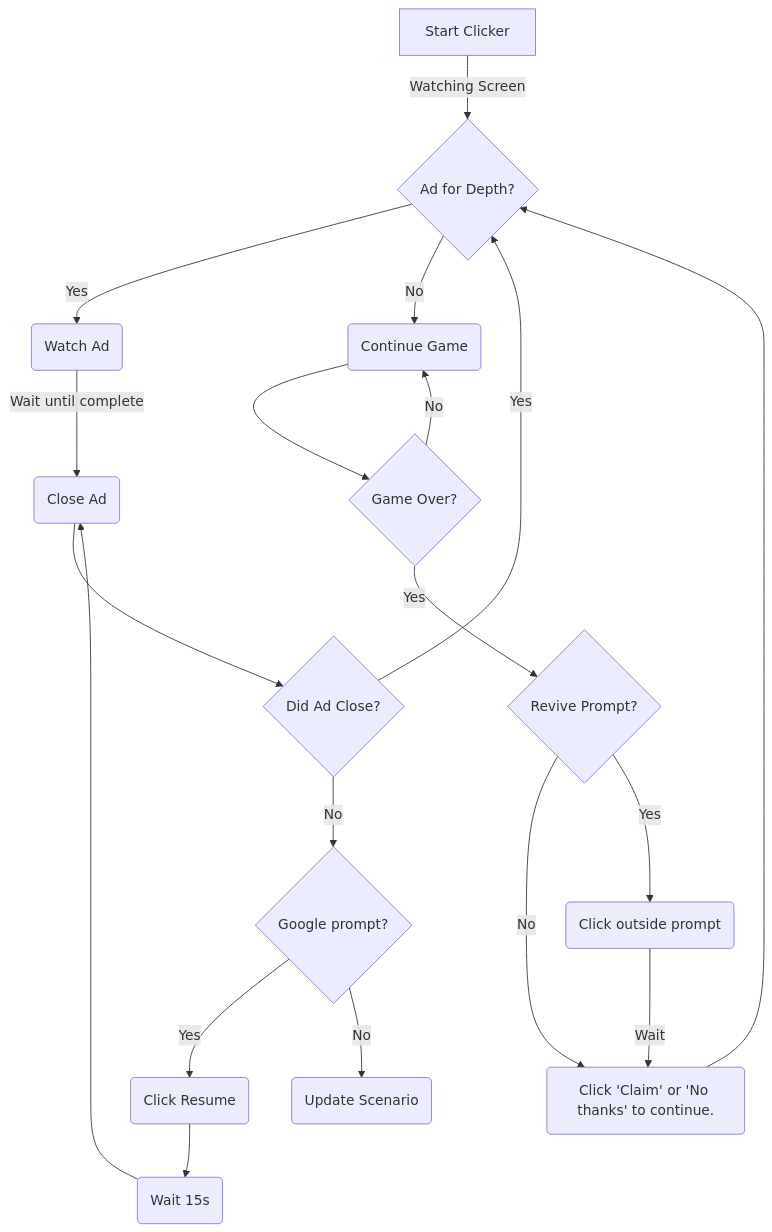
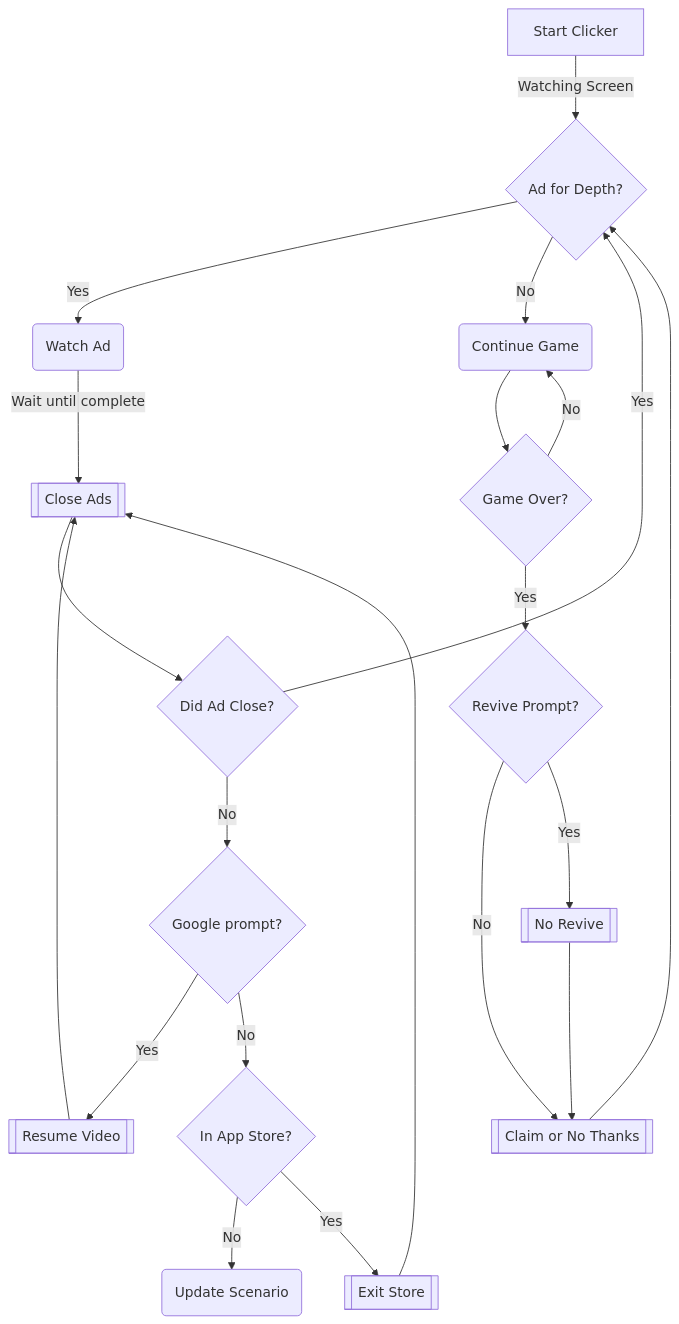
The diagram in AutoClick Patterns/Games/EatRepeat/README.md (Neighborhood-Data-Science/instant-beer-money), drawn with Mermaid before and after one commit. The commit also changed other lines of this file and 1 other file, not shown here.

Commit message:
Updated flowcharts Easier to read flowchart for CryptoMagnet. Initial flowchart for Eat Repeat

````diff
--- a/AutoClick Patterns/Games/EatRepeat/README.md
+++ b/AutoClick Patterns/Games/EatRepeat/README.md
@@ -50,20 +55,23 @@
 ```mermaid
 graph TD;
     A[Start Clicker]-->|Watching Screen|B{Ad for Depth?};
     B-->|Yes|C(Watch Ad);
-    B-->|No|G(Continue Game);
-    C-->|Wait until complete|F(Close Ad);
-    F-->I{Did Ad Close?};
-    I-->|No|P{Google prompt?};
-    I-->|Yes|B{Ad for Depth?};
-    P-->|Yes|Q(Click Resume)-->R(Wait 15s);
-    P-->|No|S(Update Scenario);
-    R-->F(Close Ad);
-    G-->L{Game Over?};
-    L-->|Yes|N{Revive Prompt?};
-    L-->|No|G(Continue Game);
-    N-->|No|T(Click 'Claim' or 'No thanks' to continue.);
-    N-->|Yes|O(Click outside prompt);
-    O-->|Wait|T(Click 'Claim' or 'No thanks' to continue.);
-    T-->B{Ad for Depth?};
+    B-->|No|D(Continue Game);
+    C-->|Wait until complete|E[[Close Ads]]
+    E-->F{Did Ad Close?};
+    F-->|No|G{Google prompt?};
+    F-->|Yes|B{Ad for Depth?};
+    G-->|Yes|H[[Resume Video]];
+    H-->E[[Close Ads]];
+    G-->|No|J{In App Store?};
+    J-->|No|P(Update Scenario);
+    J-->|Yes|O[[Exit Store]];
+    O-->E;
+    D-->K{Game Over?};
+    K-->|Yes|L{Revive Prompt?};
+    K-->|No|D(Continue Game);
+    L-->|No|M;
+    L-->|Yes|N[[No Revive]];
+    N-->M[[Claim or No Thanks]];
+    M-->B;
 ```
````
